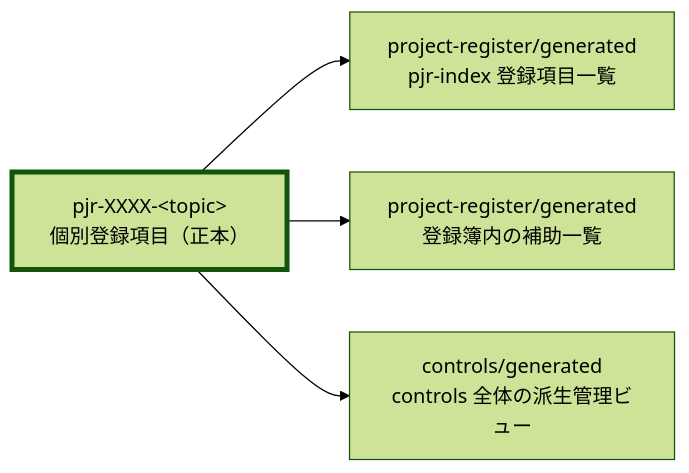
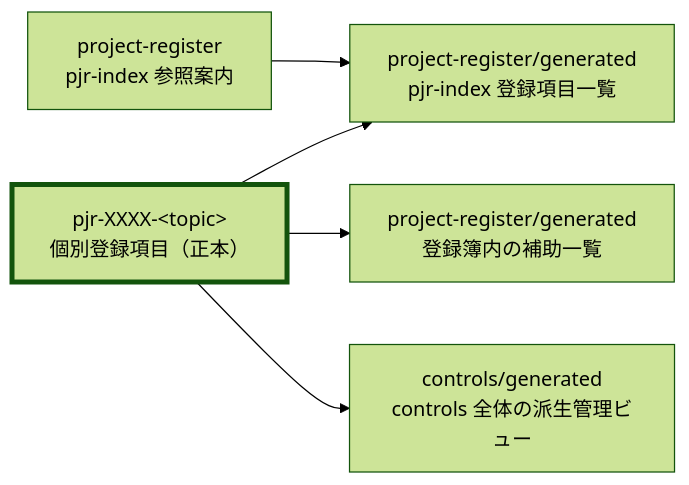
The diagram in docs/ja/specdojo/guides/register-operation-guide.md (specdojo/specdojo), drawn with Mermaid (forest theme) before and after one commit. The commit also changed other lines of this file and 8 other files, not shown here.

Commit message:
exec(register PJR-1D0C): 個票のpart_ofとwikilinkがprj-0001:pjr-indexを参照できない

````diff
--- a/docs/ja/specdojo/guides/register-operation-guide.md
+++ b/docs/ja/specdojo/guides/register-operation-guide.md
@@ -41,14 +42,16 @@
 ```mermaid
 flowchart LR
   PJR_ITEM["pjr-XXXX-&lt;topic&gt;<br>個別登録項目（正本）"]
+  PJR_REF["project-register<br>pjr-index 参照案内"]
   PJR_IDX["project-register/generated<br>pjr-index 登録項目一覧"]
   PJR_GEN["project-register/generated<br>登録簿内の補助一覧"]
   PM_GEN["controls/generated<br>controls 全体の派生管理ビュー"]
 
   PJR_ITEM --> PJR_IDX
   PJR_ITEM --> PJR_GEN
   PJR_ITEM --> PM_GEN
+  PJR_REF --> PJR_IDX
 
   classDef target stroke-width:4px
   class PJR_ITEM target
 ```
````
